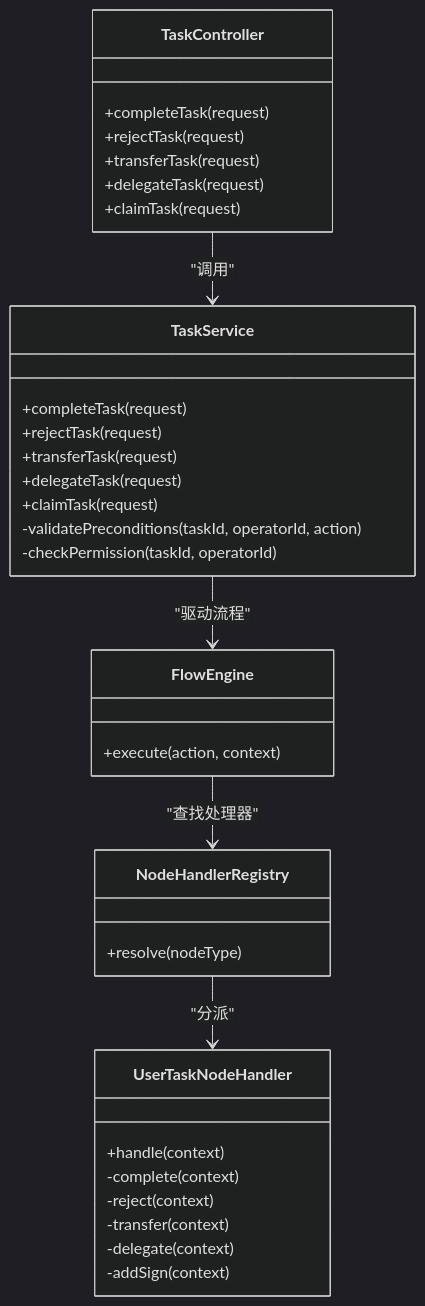
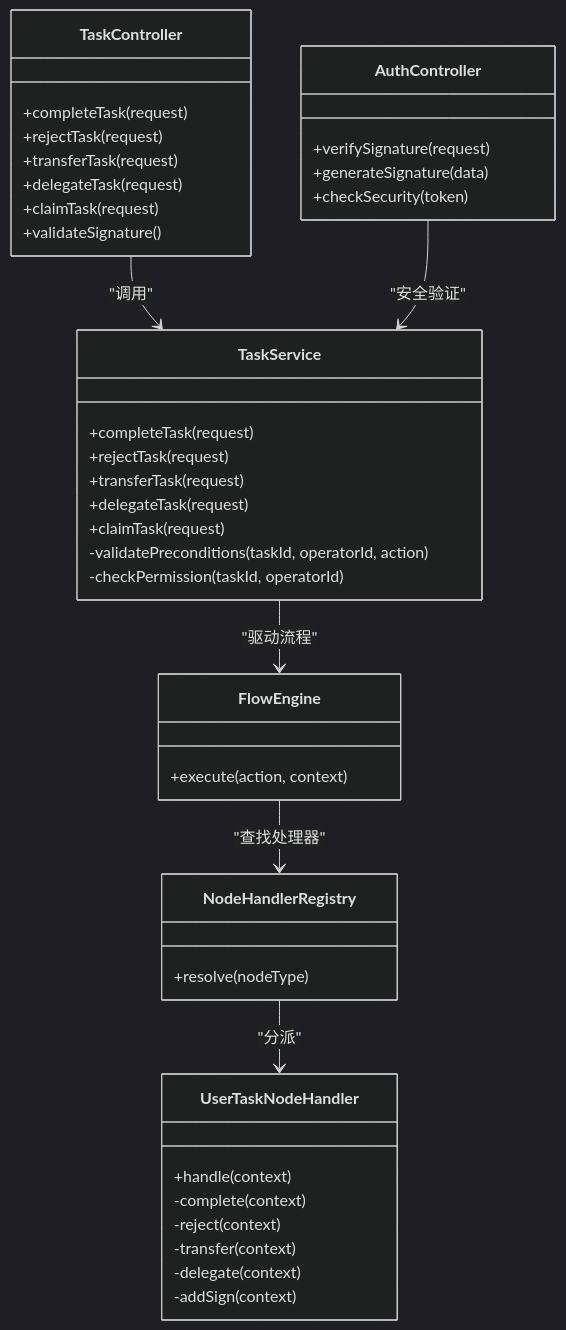
One commit to liming-lihaini/workflow changed the fourth of 11 diagrams in .qoder/repowiki/zh/content/任务管理/任务操作处理/任务操作处理.md. Above: the diagram before and after it, drawn with Mermaid (dark theme). The commit also changed other lines of this file and 9 other files, not shown here.

````diff
--- a/.qoder/repowiki/zh/content/任务管理/任务操作处理/任务操作处理.md
+++ b/.qoder/repowiki/zh/content/任务管理/任务操作处理/任务操作处理.md
@@ -285,37 +302,44 @@
 ```mermaid
 classDiagram
 class TaskController {
 +completeTask(request)
 +rejectTask(request)
 +transferTask(request)
 +delegateTask(request)
 +claimTask(request)
++validateSignature()
+}
+class AuthController {
++verifySignature(request)
++generateSignature(data)
++checkSecurity(token)
 }
 class TaskService {
 +completeTask(request)
 +rejectTask(request)
 +transferTask(request)
 +delegateTask(request)
 +claimTask(request)
 -validatePreconditions(taskId, operatorId, action)
 -checkPermission(taskId, operatorId)
 }
 class FlowEngine {
 +execute(action, context)
 }
 class NodeHandlerRegistry {
 +resolve(nodeType)
 }
 class UserTaskNodeHandler {
 +handle(context)
 -complete(context)
 -reject(context)
 -transfer(context)
 -delegate(context)
 -addSign(context)
 }
 TaskController --> TaskService : "调用"
+AuthController --> TaskService : "安全验证"
 TaskService --> FlowEngine : "驱动流程"
 FlowEngine --> NodeHandlerRegistry : "查找处理器"
 NodeHandlerRegistry --> UserTaskNodeHandler : "分派"
 ```
````
